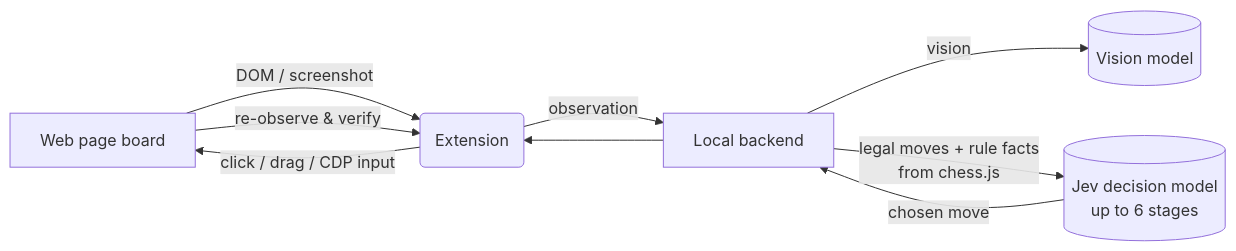
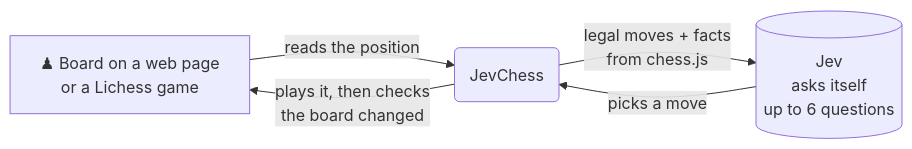
Before and after one commit to shihabalratul/Jev-chess: the diagram in README.md, drawn with Mermaid. The commit also changed other lines of this file and 6 other files, not shown here.

````diff
--- a/README.md
+++ b/README.md
@@ -96,10 +107,7 @@
 ```mermaid
 flowchart LR
-    A[Web page board] -->|DOM / screenshot| B(Extension)
-    B -->|observation| C[Local backend]
-    C -->|vision| D[(Vision model)]
-    C -->|legal moves + rule facts<br/>from chess.js| E[(Jev decision model<br/>up to 6 stages)]
-    E -->|chosen move| C --> B
-    B -->|click / drag / CDP input| A
-    A -->|re-observe & verify| B
+    A[♟ Board on a web page<br/>or a Lichess game] -->|reads the position| B(JevChess)
+    B -->|legal moves + facts<br/>from chess.js| C[(Jev<br/>asks itself<br/>up to 6 questions)]
+    C -->|picks a move| B
+    B -->|plays it, then checks<br/>the board changed| A
 ```
````
